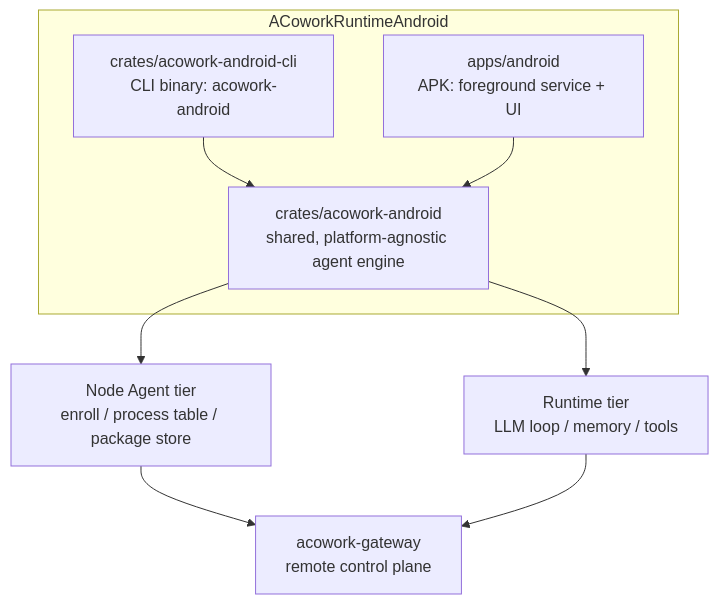
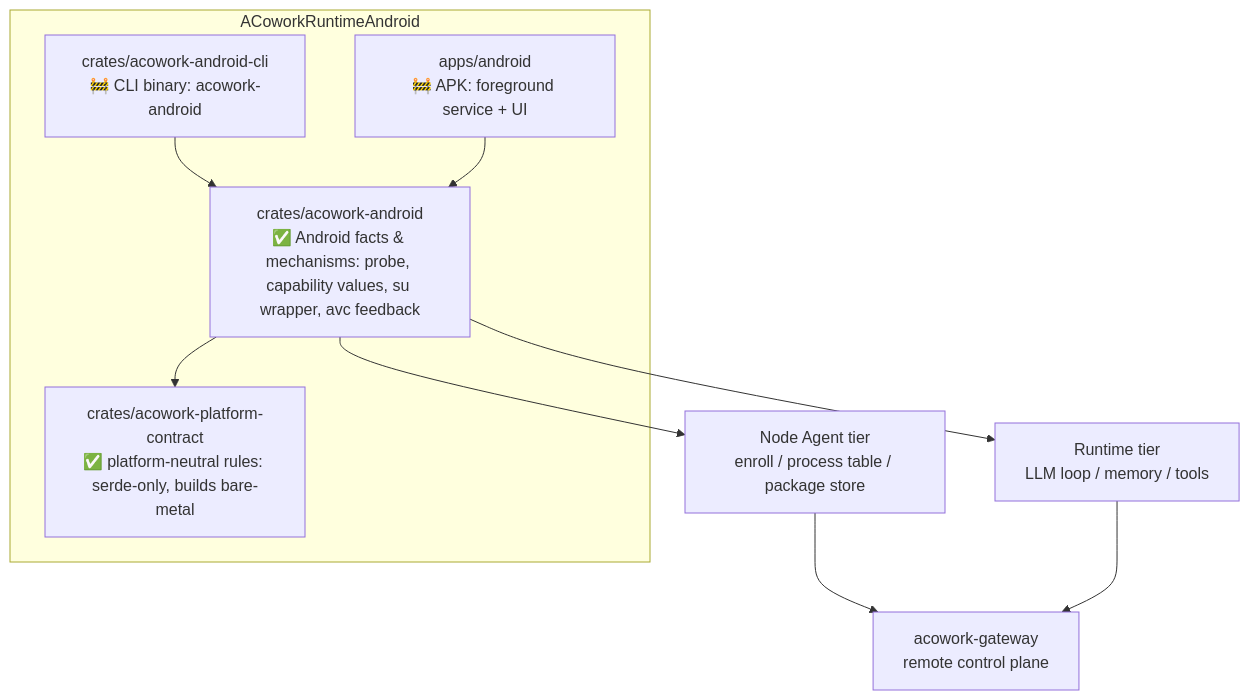
The diagram in README.md (acowork/ACoworkRuntimeAndroid), drawn with Mermaid before and after one commit. The commit also changed other lines of this file and 5 other files, not shown here.

````diff
--- a/README.md
+++ b/README.md
@@ -137,18 +141,20 @@
 ```mermaid
 graph TD
     subgraph Repo["ACoworkRuntimeAndroid"]
-        Lib["crates/acowork-android<br/>shared, platform-agnostic agent engine"]
-        Cli["crates/acowork-android-cli<br/>CLI binary: acowork-android"]
-        App["apps/android<br/>APK: foreground service + UI"]
+        Contract["crates/acowork-platform-contract<br/>✅ platform-neutral rules: serde-only, builds bare-metal"]
+        Lib["crates/acowork-android<br/>✅ Android facts & mechanisms: probe, capability values, su wrapper, avc feedback"]
+        Cli["crates/acowork-android-cli<br/>🚧 CLI binary: acowork-android"]
+        App["apps/android<br/>🚧 APK: foreground service + UI"]
     end
     Node["Node Agent tier<br/>enroll / process table / package store"]
     Rt["Runtime tier<br/>LLM loop / memory / tools"]
     Gw["acowork-gateway<br/>remote control plane"]
 
     Cli --> Lib
     App --> Lib
+    Lib --> Contract
     Lib --> Node
     Lib --> Rt
     Node --> Gw
     Rt --> Gw
 ```
````
